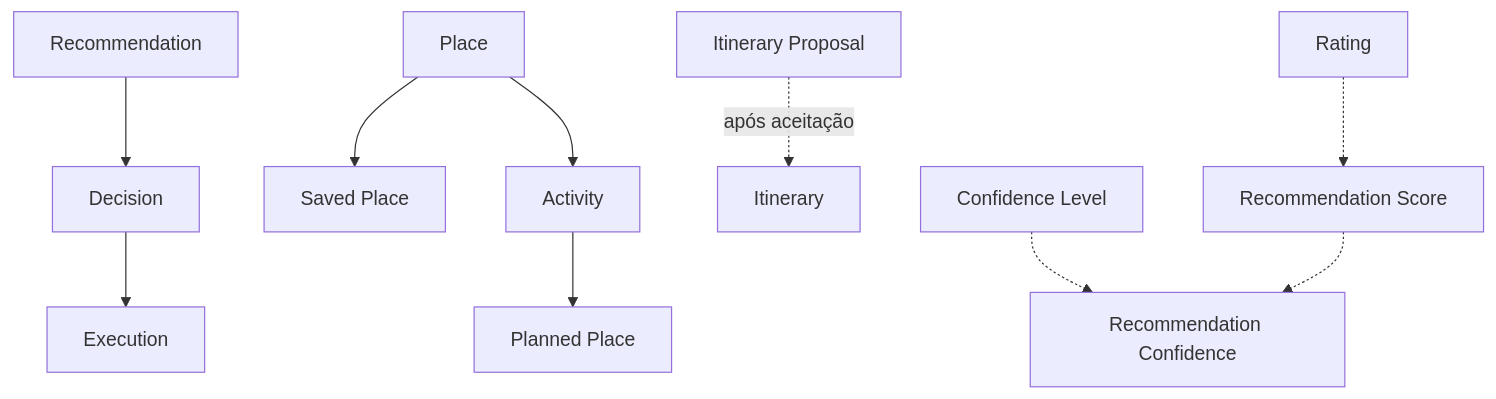
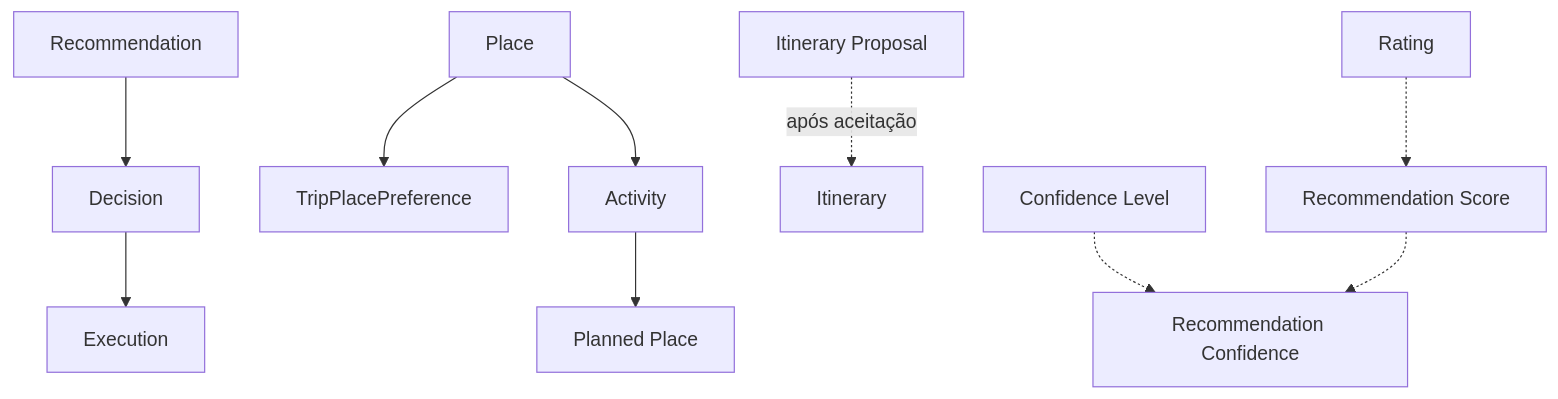
One commit to collapsy/Routebook changed the tenth of 10 diagrams in docs/domain/ubiquitous-language.md. Above: the diagram before and after it, drawn with Mermaid. The commit also changed other lines of this file and 16 other files, not shown here.

````diff
--- a/docs/domain/ubiquitous-language.md
+++ b/docs/domain/ubiquitous-language.md
@@ -2141,32 +2183,32 @@
 ```mermaid
 flowchart TB
     Recommendation["Recommendation"]
     Decision["Decision"]
     Execution["Execution"]
 
     Place["Place"]
-    Saved["Saved Place"]
+    Preference["TripPlacePreference"]
     Activity["Activity"]
     Planned["Planned Place"]
 
     Itinerary["Itinerary"]
     Proposal["Itinerary Proposal"]
 
     DataConfidence["Confidence Level"]
     RecommendationConfidence["Recommendation Confidence"]
     Score["Recommendation Score"]
     Rating["Rating"]
 
     Recommendation --> Decision
     Decision --> Execution
 
-    Place --> Saved
+    Place --> Preference
     Place --> Activity
     Activity --> Planned
 
     Proposal -.->|"após aceitação"| Itinerary
 
     DataConfidence -.-> RecommendationConfidence
     Score -.-> RecommendationConfidence
     Rating -.-> Score
 ```
````
